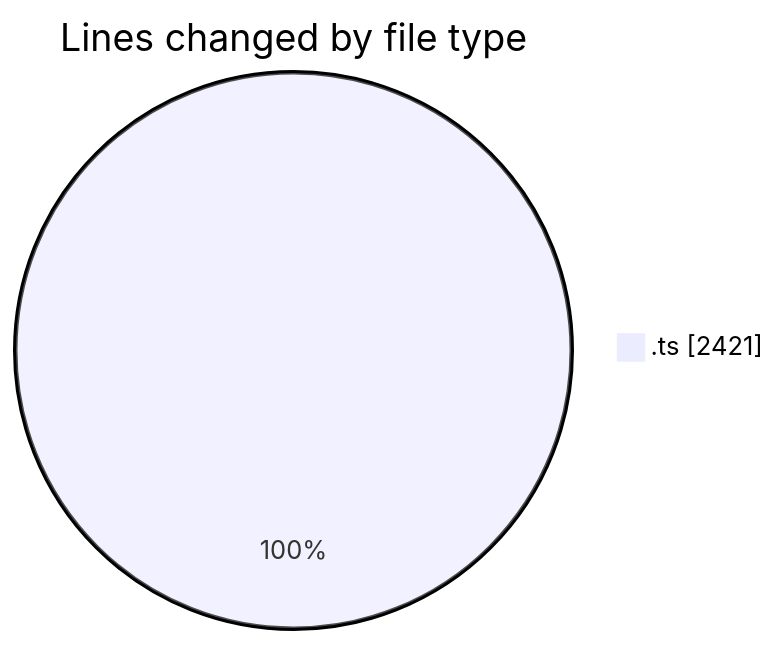
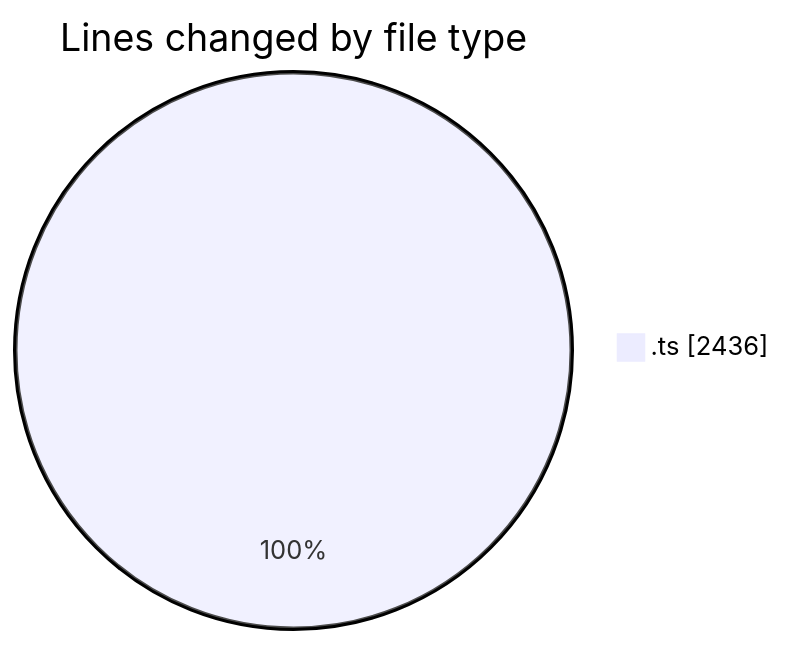
The first of 2 diagrams in 2025-08-07/cda/README.md (momahboobian/code-tracking), drawn with Mermaid before and after one commit. The commit also changed other lines of this file and 1 other file, not shown here.

````diff
--- a/2025-08-07/cda/README.md
+++ b/2025-08-07/cda/README.md
@@ -23,5 +23,5 @@
 ```mermaid
 pie showData
 title Lines changed by file type
-".ts" : 2421
+".ts" : 2436
 ```
````
